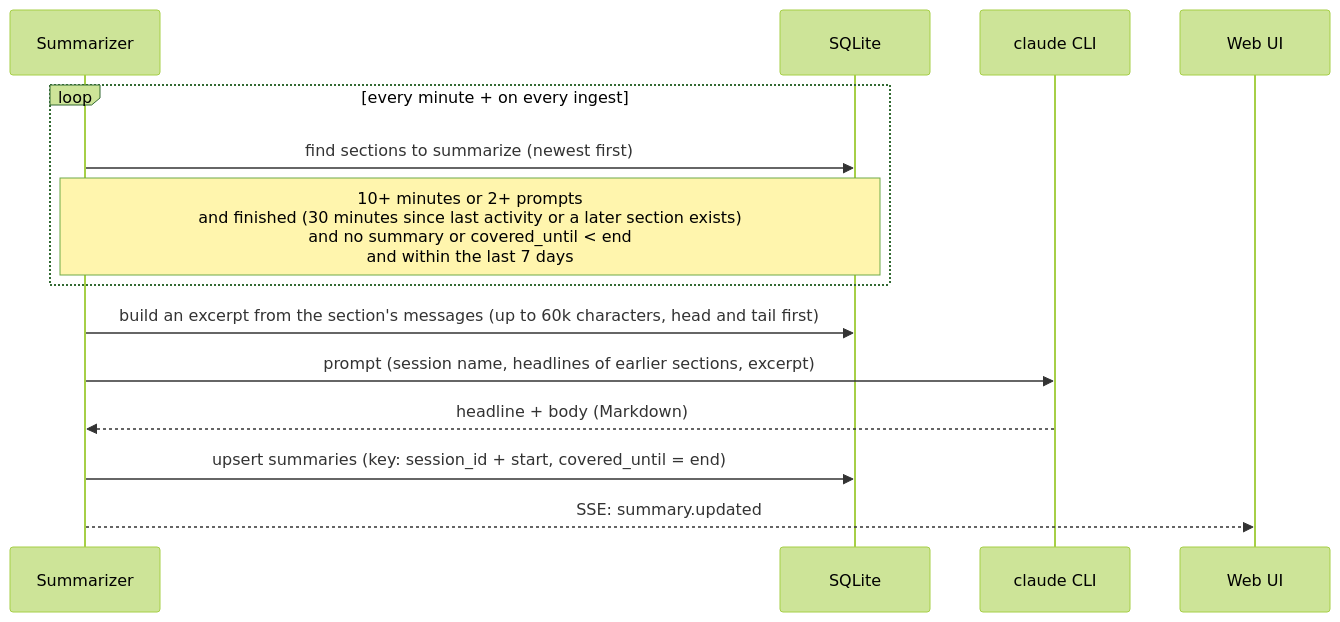
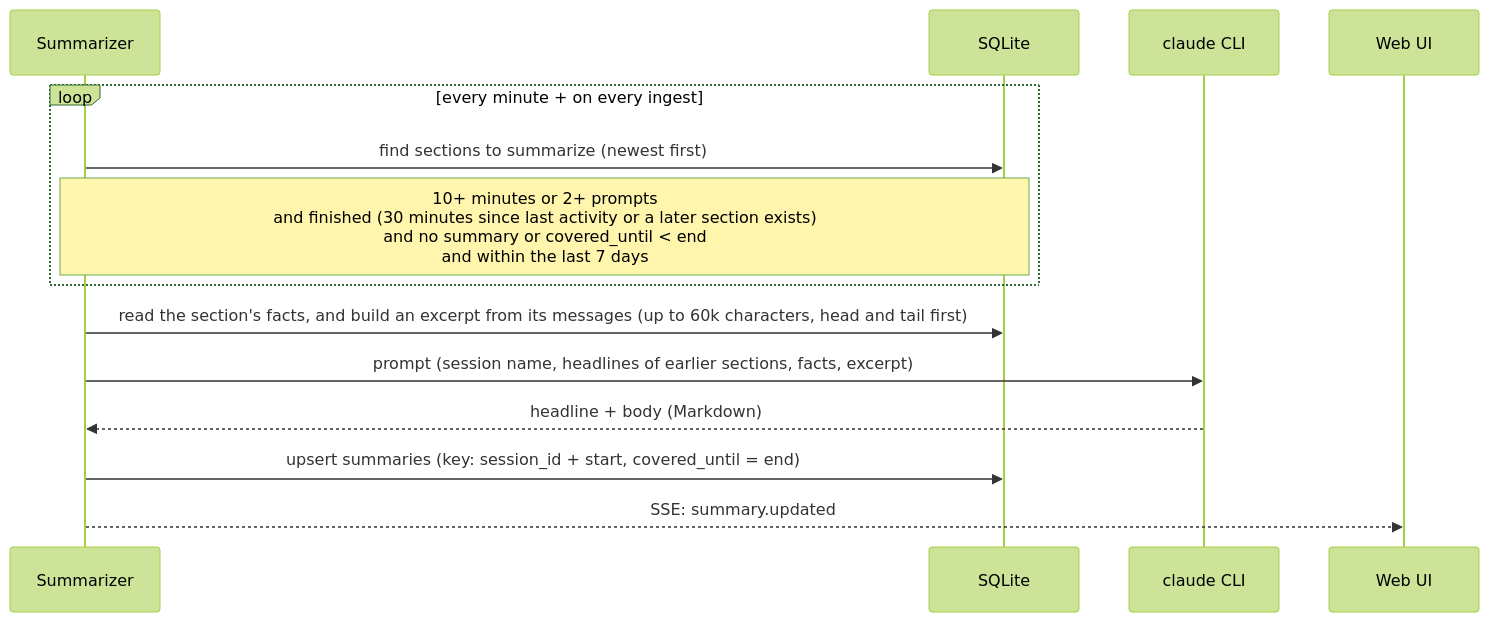
Before and after one commit to atsuki-shirasawa/kairos: the third of 3 diagrams in ARCHITECTURE.md, drawn with Mermaid (forest theme). The commit also changed other lines of this file and 15 other files, not shown here.

````diff
--- a/ARCHITECTURE.md
+++ b/ARCHITECTURE.md
@@ -119,17 +119,17 @@
 ```mermaid
 sequenceDiagram
     participant S as Summarizer
     participant DB as SQLite
     participant C as claude CLI
     participant UI as Web UI
 
     loop every minute + on every ingest
         S->>DB: find sections to summarize (newest first)
         Note over S,DB: 10+ minutes or 2+ prompts<br/>and finished (30 minutes since last activity or a later section exists)<br/>and no summary or covered_until < end<br/>and within the last 7 days
     end
-    S->>DB: build an excerpt from the section's messages (up to 60k characters, head and tail first)
-    S->>C: prompt (session name, headlines of earlier sections, excerpt)
+    S->>DB: read the section's facts, and build an excerpt from its messages (up to 60k characters, head and tail first)
+    S->>C: prompt (session name, headlines of earlier sections, facts, excerpt)
     C-->>S: headline + body (Markdown)
     S->>DB: upsert summaries (key: session_id + start, covered_until = end)
     S-->>UI: SSE: summary.updated
 ```
````
